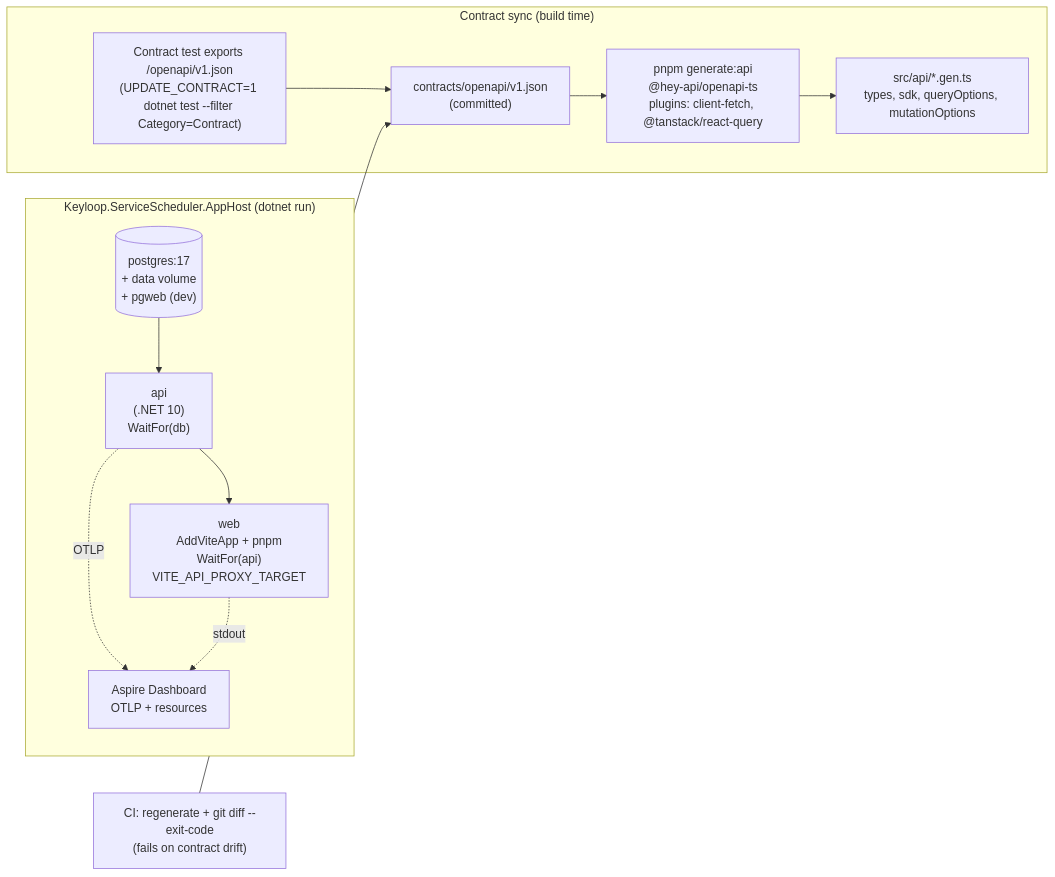
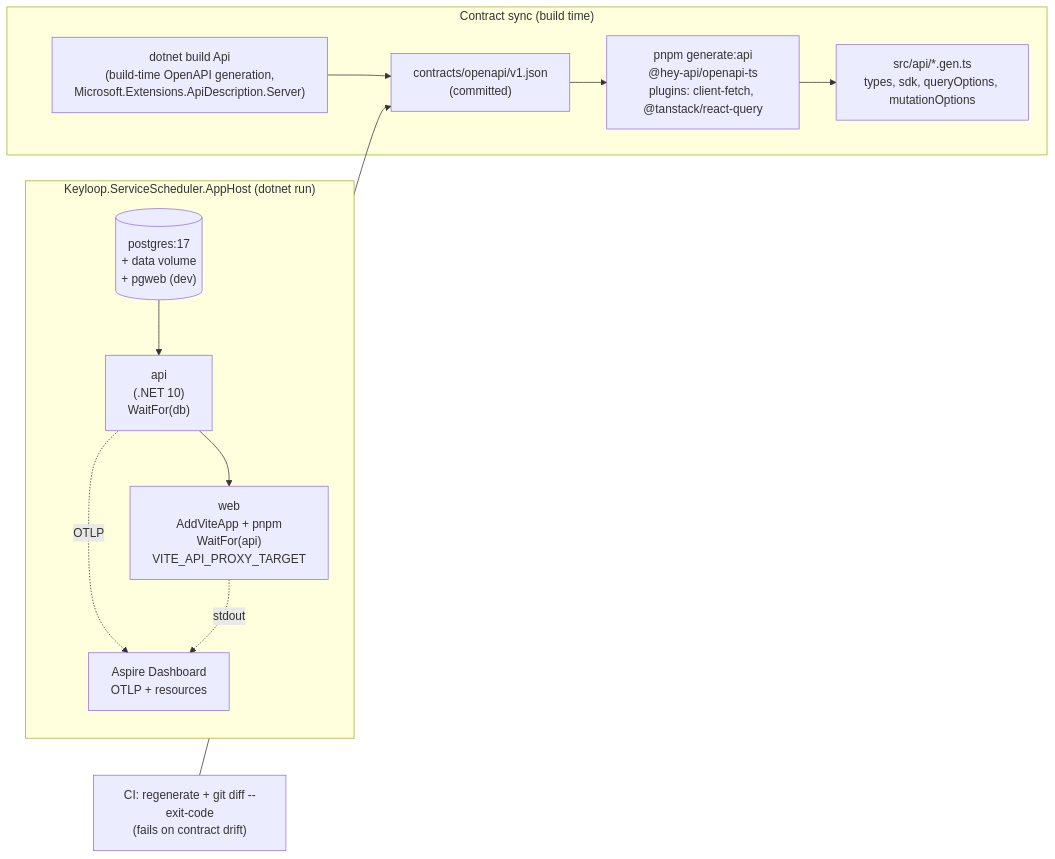
Before and after one commit to kylesmile1103/keyloop-service-scheduler: the ninth of 12 diagrams in docs/SYSTEM_DESIGN.md, drawn with Mermaid. The commit also changed other lines of this file and 3 other files, not shown here.

First line of the commit message:
docs: adopt build-time OpenAPI generation, XML-comment docs, Scalar test UI and a UI/UX quality bar with Chrome visual QA

````diff
--- a/docs/SYSTEM_DESIGN.md
+++ b/docs/SYSTEM_DESIGN.md
@@ -738,22 +738,22 @@
 ```mermaid
 flowchart LR
     subgraph AppHost["Keyloop.ServiceScheduler.AppHost (dotnet run)"]
         PG[("postgres:17<br/>+ data volume<br/>+ pgweb (dev)")]
         API["api<br/>(.NET 10)<br/>WaitFor(db)"]
         WEB["web<br/>AddViteApp + pnpm<br/>WaitFor(api)<br/>VITE_API_PROXY_TARGET"]
         DASH["Aspire Dashboard<br/>OTLP + resources"]
         PG --> API --> WEB
         API -. OTLP .-> DASH
         WEB -. stdout .-> DASH
     end
 
     subgraph Contract["Contract sync (build time)"]
-        BUILD["Contract test exports /openapi/v1.json<br/>(UPDATE_CONTRACT=1 dotnet test --filter Category=Contract)"]
+        BUILD["dotnet build Api<br/>(build-time OpenAPI generation,<br/>Microsoft.Extensions.ApiDescription.Server)"]
         SPEC["contracts/openapi/v1.json<br/>(committed)"]
         GEN["pnpm generate:api<br/>@hey-api/openapi-ts<br/>plugins: client-fetch, @tanstack/react-query"]
         TS["src/api/*.gen.ts<br/>types, sdk, queryOptions, mutationOptions"]
         BUILD --> SPEC --> GEN --> TS
     end
 
     CI["CI: regenerate + git diff --exit-code<br/>(fails on contract drift)"] --> SPEC
 ```
````
